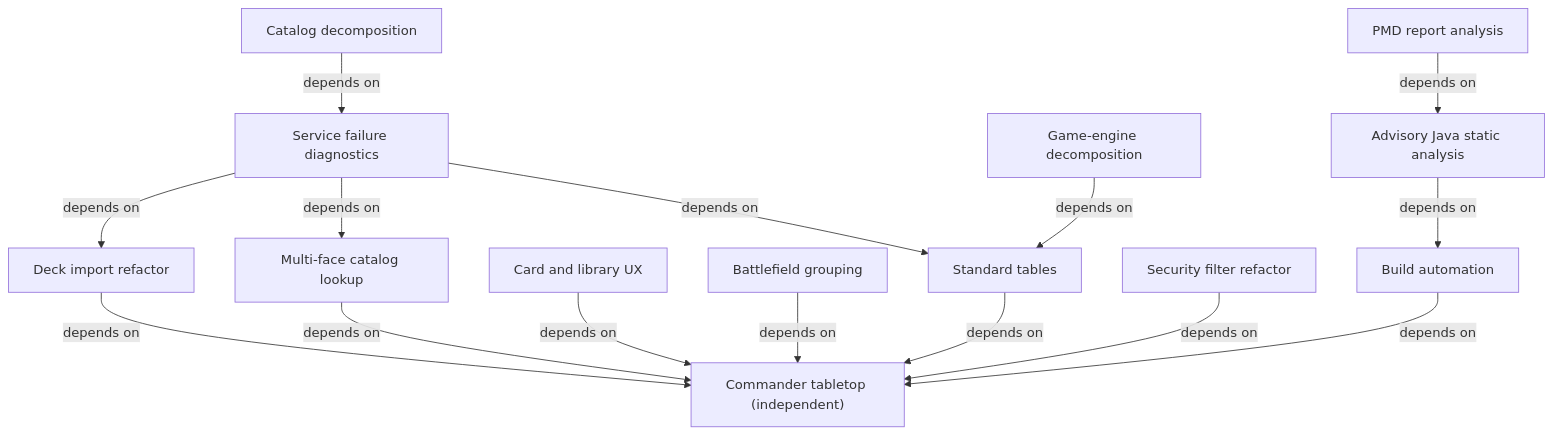
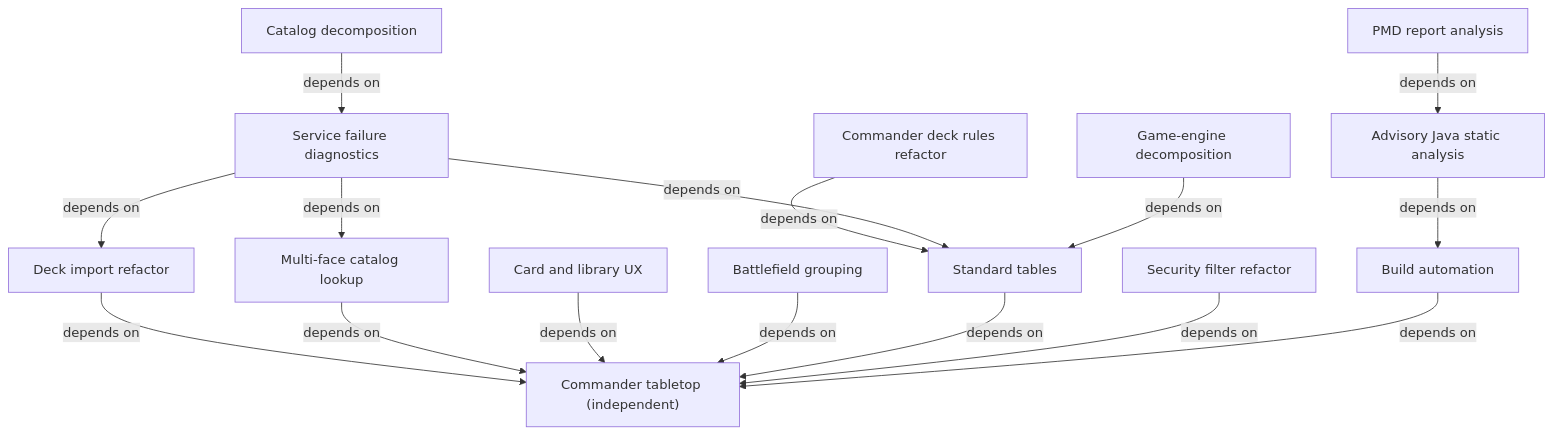
The diagram in spec/INDEX.md (gossagomez-new/mtgcmd), drawn with Mermaid before and after one commit. The commit also changed other lines of this file and 3 other files, not shown here.

Commit message:
refactor(game): separate commander deck validation steps

````diff
--- a/spec/INDEX.md
+++ b/spec/INDEX.md
@@ -23,30 +24,32 @@
 ```mermaid
 flowchart TD
     tabletop["Commander tabletop (independent)"]
     build["Build automation"]
     analysis["Advisory Java static analysis"]
     analysis -->|depends on| build
     pmdreview["PMD report analysis"]
     pmdreview -->|depends on| analysis
     imports["Deck import refactor"]
     imports -->|depends on| tabletop
     catalog["Multi-face catalog lookup"]
     catalog -->|depends on| tabletop
     ux["Card and library UX"]
     ux -->|depends on| tabletop
     grouping["Battlefield grouping"]
     grouping -->|depends on| tabletop
     standard["Standard tables"]
     standard -->|depends on| tabletop
+    deckrules["Commander deck rules refactor"]
+    deckrules -->|depends on| standard
     diagnostics["Service failure diagnostics"]
     diagnostics -->|depends on| imports
     diagnostics -->|depends on| catalog
     diagnostics -->|depends on| standard
     decomposition["Catalog decomposition"]
     decomposition -->|depends on| diagnostics
     engine["Game-engine decomposition"]
     engine -->|depends on| standard
     security["Security filter refactor"]
     security -->|depends on| tabletop
     build -->|depends on| tabletop
 ```
````
